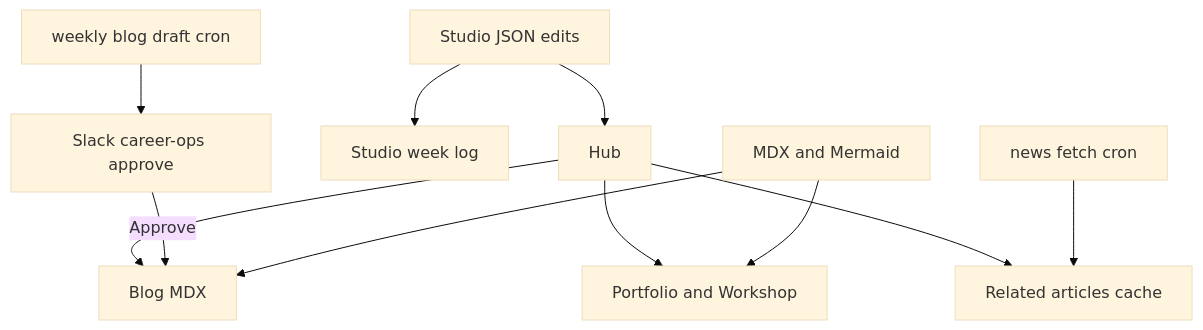
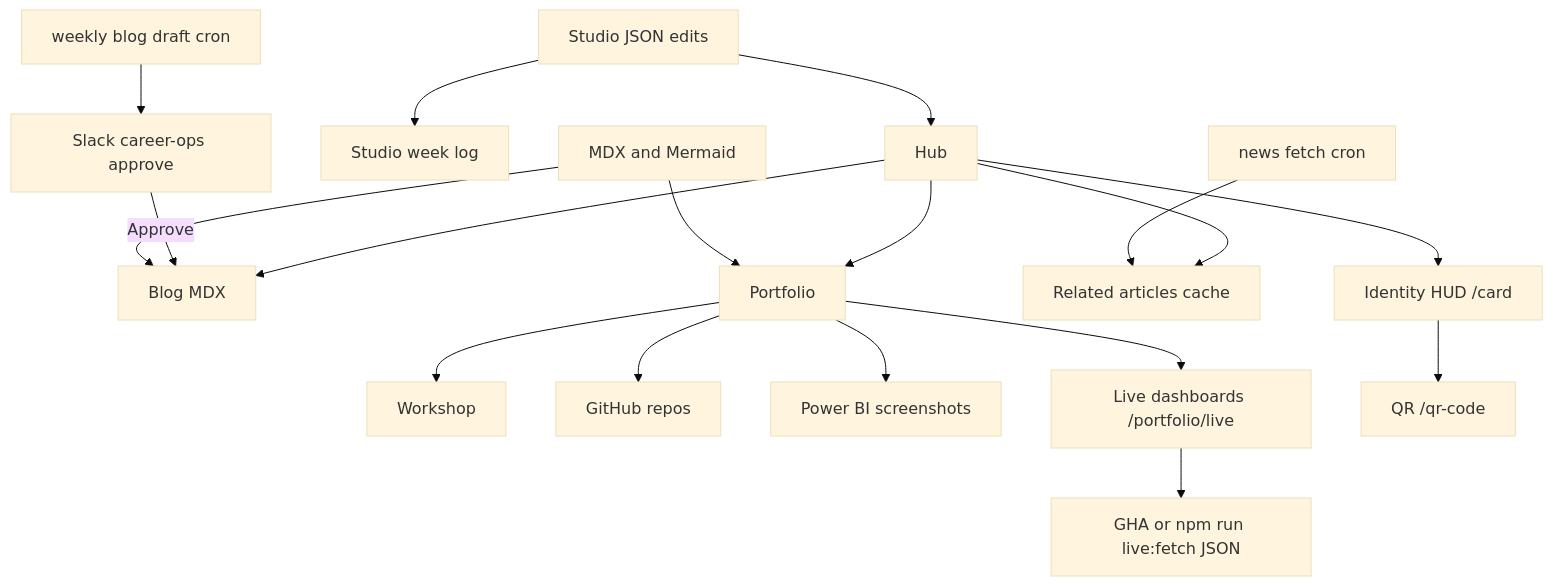
Before and after one commit to AlexTouvras/Orbit: the fourth of 6 diagrams in src/content/architecture/orbit-platform.mdx, drawn with Mermaid (base theme). The commit also changed other lines of this file and 40 other files, not shown here.

````diff
--- a/src/content/architecture/orbit-platform.mdx
+++ b/src/content/architecture/orbit-platform.mdx
@@ -163,13 +159,20 @@
 ```mermaid
 flowchart TB
   Hub[Hub] --> Blog[Blog MDX]
-  Hub --> Portfolio[Portfolio and Workshop]
+  Hub --> Portfolio[Portfolio]
+  Portfolio --> Workshop[Workshop]
+  Portfolio --> Github[GitHub repos]
+  Portfolio --> PowerBI[Power BI screenshots]
+  Portfolio --> Live[Live dashboards /portfolio/live]
+  Live --> Snapshots[GHA or npm run live:fetch JSON]
   Hub --> Feed[Related articles cache]
+  Hub --> Card[Identity HUD /card]
+  Card --> QrPage[QR /qr-code]
   Studio[Studio JSON edits] --> Hub
   Studio --> WeekLog[Studio week log]
   Cron[news fetch cron] --> Feed
   Weekly[weekly blog draft cron] --> Slack[Slack career-ops approve]
   Slack -->|Approve| Blog
   MDX[MDX and Mermaid] --> Blog
   MDX --> Portfolio
 ```
````
